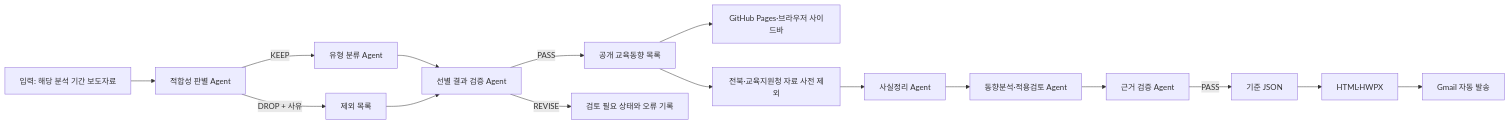
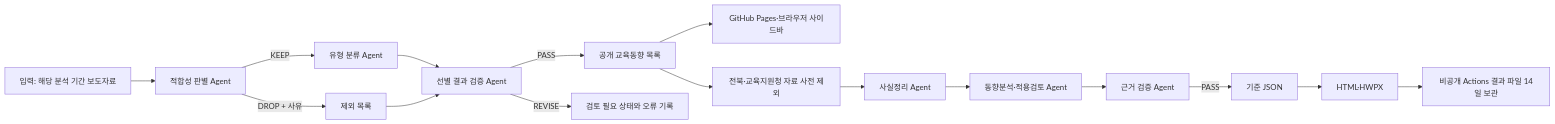
Before and after one commit to kain9012-bit/edu-news-alert: the diagram in README.md, drawn with Mermaid. The commit also changed other lines of this file and 12 other files, not shown here.

````diff
--- a/README.md
+++ b/README.md
@@ -19,18 +19,18 @@
 ```mermaid
 flowchart LR
     A[입력: 해당 분석 기간 보도자료] --> B[적합성 판별 Agent]
     B -->|KEEP| C[유형 분류 Agent]
     B -->|DROP + 사유| D[제외 목록]
     C --> E[선별 결과 검증 Agent]
     D --> E
     E -->|PASS| F[공개 교육동향 목록]
     E -->|REVISE| G[검토 필요 상태와 오류 기록]
     F --> H[GitHub Pages·브라우저 사이드바]
     F --> I[전북·교육지원청 자료 사전 제외]
     I --> J[사실정리 Agent]
     J --> K[동향분석·적용검토 Agent]
     K --> L[근거 검증 Agent]
     L -->|PASS| M[기준 JSON]
     M --> N[HTML·HWPX]
-    N --> O[Gmail 자동 발송]
+    N --> O[비공개 Actions 결과 파일 14일 보관]
 ```
````
